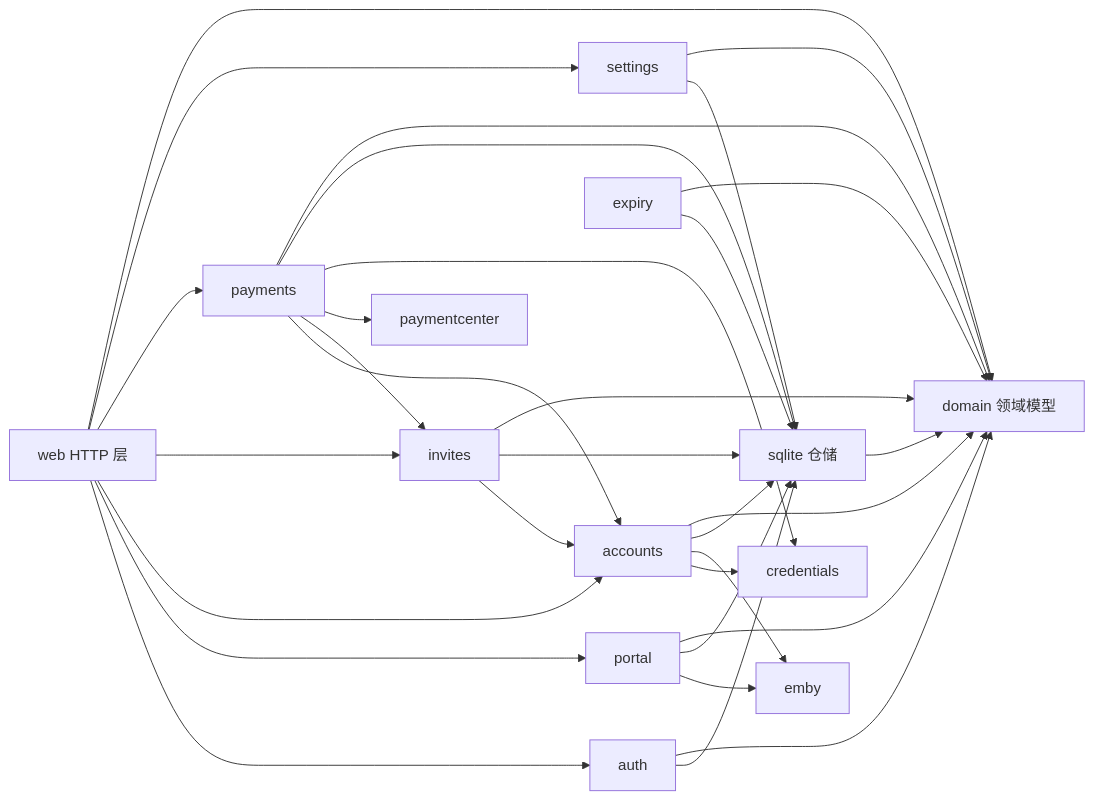
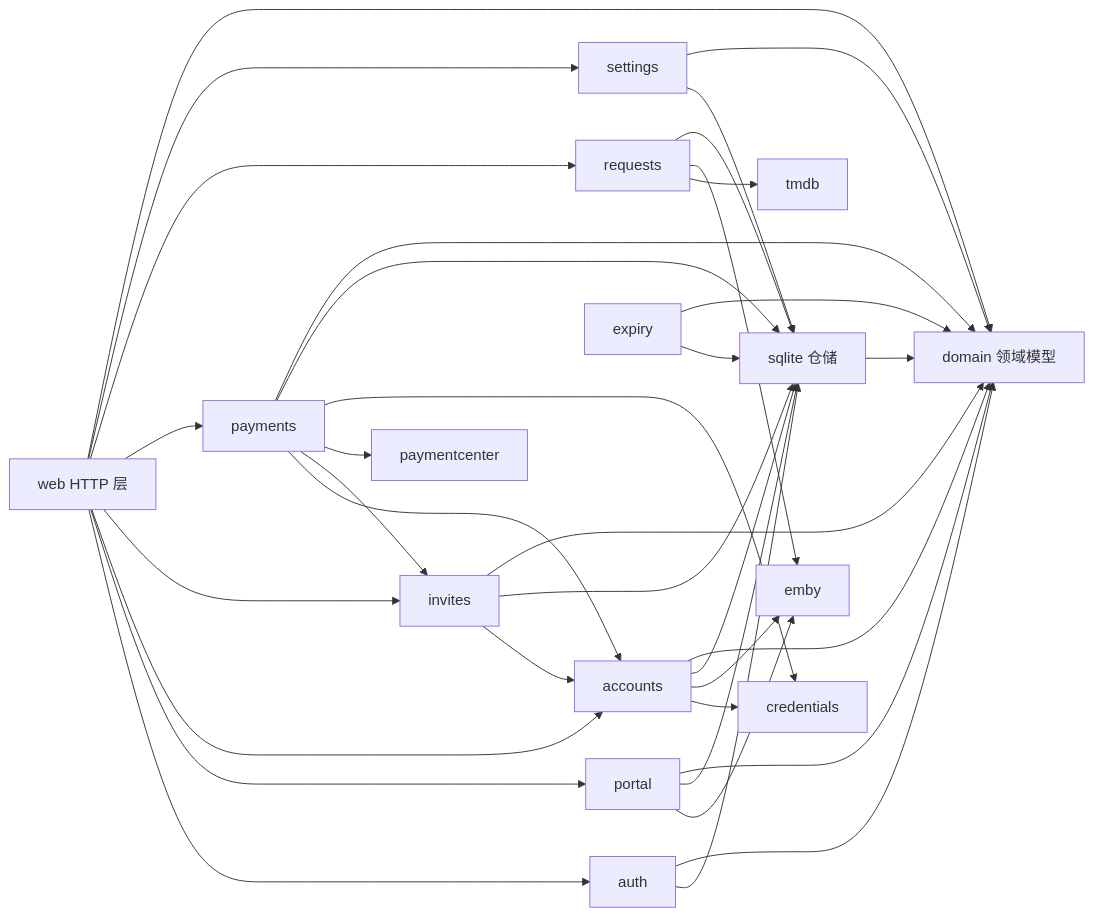
One commit to Rst307/emby-service-portal changed the second of 2 diagrams in docs/ARCHITECTURE.md. Above: the diagram before and after it, drawn with Mermaid. The commit also changed other lines of this file and 29 other files, not shown here.

First line of the commit message:
feat(requests): add media request portal & admin management

````diff
--- a/docs/ARCHITECTURE.md
+++ b/docs/ARCHITECTURE.md
@@ -25,20 +25,23 @@
 ```mermaid
 flowchart LR
     Web[web HTTP 层] --> Auth[auth]
     Web --> Portal[portal]
     Web --> Accounts[accounts]
     Web --> Invites[invites]
     Web --> Payments[payments]
+    Web --> Requests[requests]
     Web --> Settings[settings]
     Invites --> Accounts
     Payments --> Accounts
     Payments --> Invites
     Accounts --> Credentials[credentials]
     Accounts --> Emby[emby]
     Portal --> Emby
     Payments --> PC[paymentcenter]
     Payments --> Credentials
-    Auth & Portal & Accounts & Invites & Payments & Settings & Expiry[expiry] --> Sqlite[sqlite 仓储]
+    Requests --> Tmdb[tmdb]
+    Requests --> Emby
+    Auth & Portal & Accounts & Invites & Payments & Settings & Requests & Expiry[expiry] --> Sqlite[sqlite 仓储]
     Sqlite --> Domain[domain 领域模型]
     Accounts & Invites & Payments & Auth & Portal & Expiry & Settings & Web --> Domain
 ```
````
